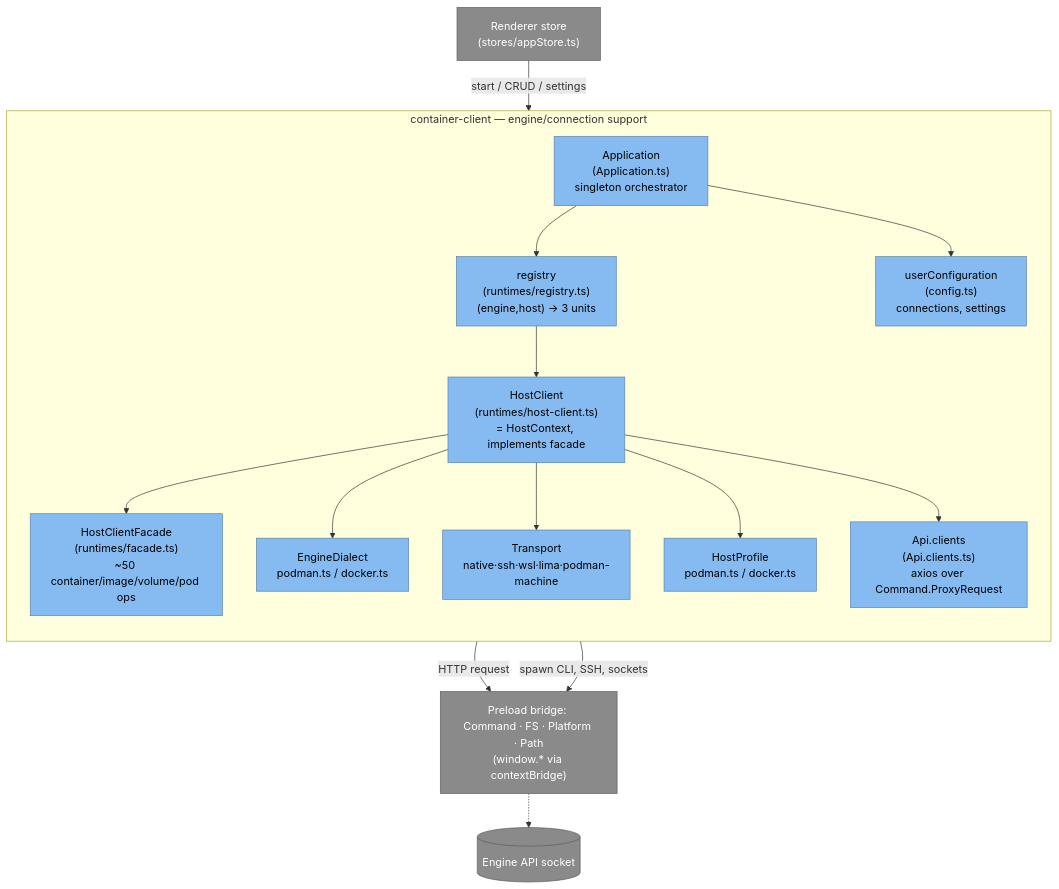
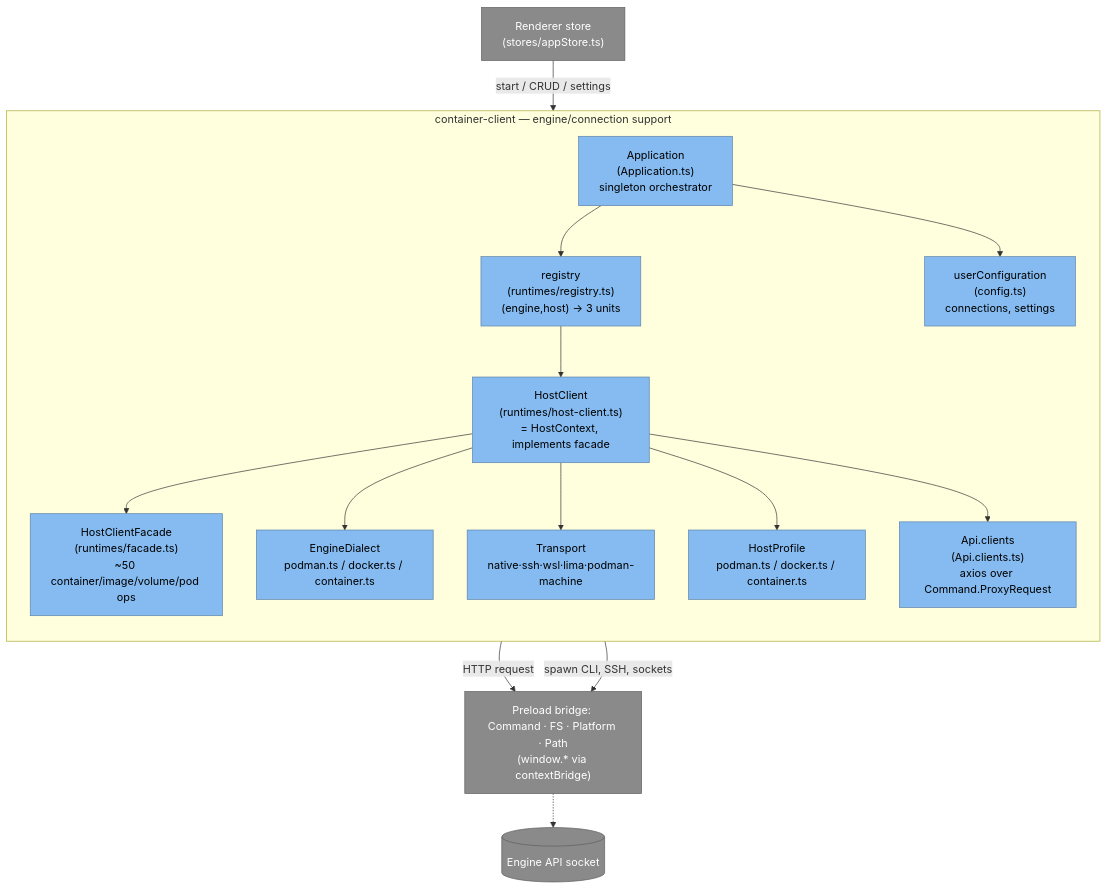
The diagram in docs/architecture/backend.md (iongion/container-desktop), drawn with Mermaid before and after one commit. The commit also changed other lines of this file and 305 other files, not shown here.

First line of the commit message:
feat: Apple Container engine support and env-driven remote SSH

````diff
--- a/docs/architecture/backend.md
+++ b/docs/architecture/backend.md
@@ -29,37 +31,37 @@
 ```mermaid
 flowchart TB
   appStore["Renderer store<br/>(stores/appStore.ts)"]:::external
 
   subgraph backend[container-client — engine/connection support]
     direction TB
     app["Application<br/>(Application.ts)<br/>singleton orchestrator"]:::component
     reg["registry<br/>(runtimes/registry.ts)<br/>(engine,host) → 3 units"]:::component
     hc["HostClient<br/>(runtimes/host-client.ts)<br/>= HostContext, implements facade"]:::component
     facade["HostClientFacade<br/>(runtimes/facade.ts)<br/>~50 container/image/volume/pod ops"]:::component
 
-    dia["EngineDialect<br/>podman.ts / docker.ts"]:::component
+    dia["EngineDialect<br/>podman.ts / docker.ts / container.ts"]:::component
     tra["Transport<br/>native·ssh·wsl·lima·podman-machine"]:::component
-    pro["HostProfile<br/>podman.ts / docker.ts"]:::component
+    pro["HostProfile<br/>podman.ts / docker.ts / container.ts"]:::component
 
     api["Api.clients<br/>(Api.clients.ts)<br/>axios over Command.ProxyRequest"]:::component
     cfg["userConfiguration<br/>(config.ts)<br/>connections, settings"]:::component
   end
 
   bridge["Preload bridge: Command · FS · Platform · Path<br/>(window.* via contextBridge)"]:::external
   engine[(Engine API socket)]:::external
 
   appStore -->|start / CRUD / settings| app
   app --> reg --> hc
   hc --> facade
   hc --> dia
   hc --> tra
   hc --> pro
   hc --> api
   app --> cfg
   api -->|HTTP request| bridge
   tra -->|spawn CLI, SSH, sockets| bridge
   bridge -.-> engine
 
   classDef component fill:#85bbf0,color:#000,stroke:#5d82a8;
   classDef external fill:#8a8a8a,color:#fff,stroke:#5e5e5e;
 ```
````
